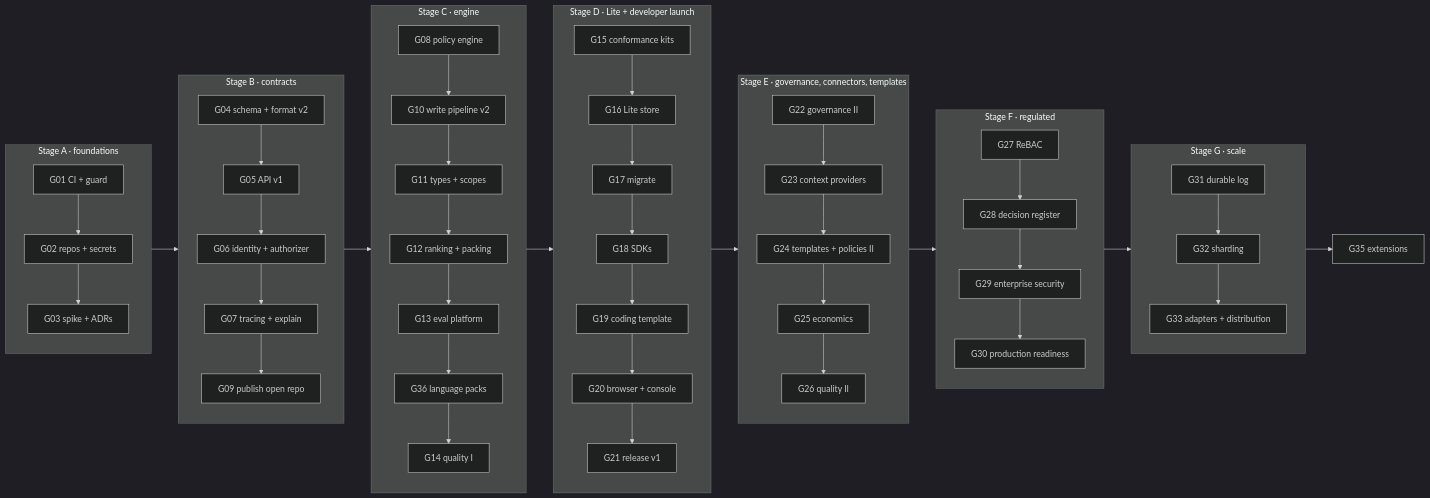
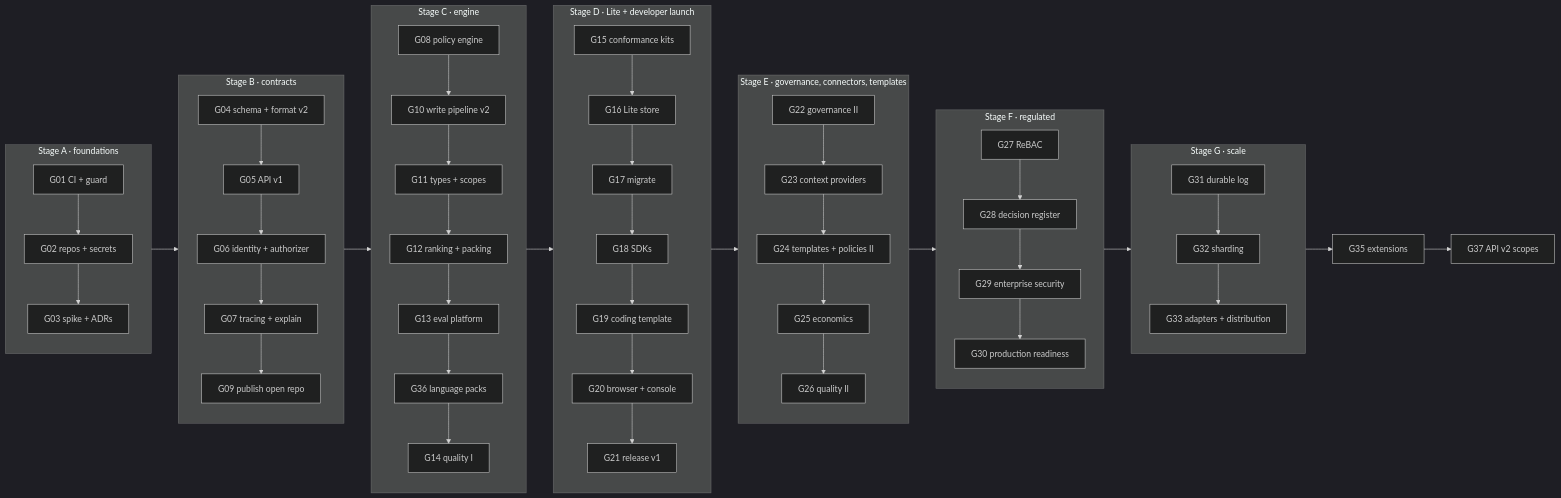
The diagram in docs/roadmap.md (memhousehq/memhouse), drawn with Mermaid (dark theme) before and after one commit. The commit also changed other lines of this file and 50 other files, not shown here.

````diff
--- a/docs/roadmap.md
+++ b/docs/roadmap.md
@@ -261,26 +265,26 @@
 ```mermaid
 flowchart LR
     subgraph A[Stage A · foundations]
         G01[G01 CI + guard] --> G02[G02 repos + secrets] --> G03[G03 spike + ADRs]
     end
     subgraph B[Stage B · contracts]
         G04[G04 schema + format v2] --> G05[G05 API v1] --> G06[G06 identity + authorizer] --> G07[G07 tracing + explain] --> G09[G09 publish open repo]
     end
     subgraph C[Stage C · engine]
         G08[G08 policy engine] --> G10[G10 write pipeline v2] --> G11[G11 types + scopes] --> G12[G12 ranking + packing] --> G13[G13 eval platform] --> G36[G36 language packs] --> G14[G14 quality I]
     end
     subgraph D[Stage D · Lite + developer launch]
         G15[G15 conformance kits] --> G16[G16 Lite store] --> G17[G17 migrate] --> G18[G18 SDKs] --> G19[G19 coding template] --> G20[G20 browser + console] --> G21[G21 release v1]
     end
     subgraph E[Stage E · governance, connectors, templates]
         G22[G22 governance II] --> G23[G23 context providers] --> G24[G24 templates + policies II] --> G25[G25 economics] --> G26[G26 quality II]
     end
     subgraph F[Stage F · regulated]
         G27[G27 ReBAC] --> G28[G28 decision register] --> G29[G29 enterprise security] --> G30[G30 production readiness]
     end
     subgraph G[Stage G · scale]
         G31[G31 durable log] --> G32[G32 sharding] --> G33[G33 adapters + distribution]
     end
-    H[G35 extensions]
+    H[G35 extensions] --> G37[G37 API v2 scopes]
     A --> B --> C --> D --> E --> F --> G --> H
 ```
````
